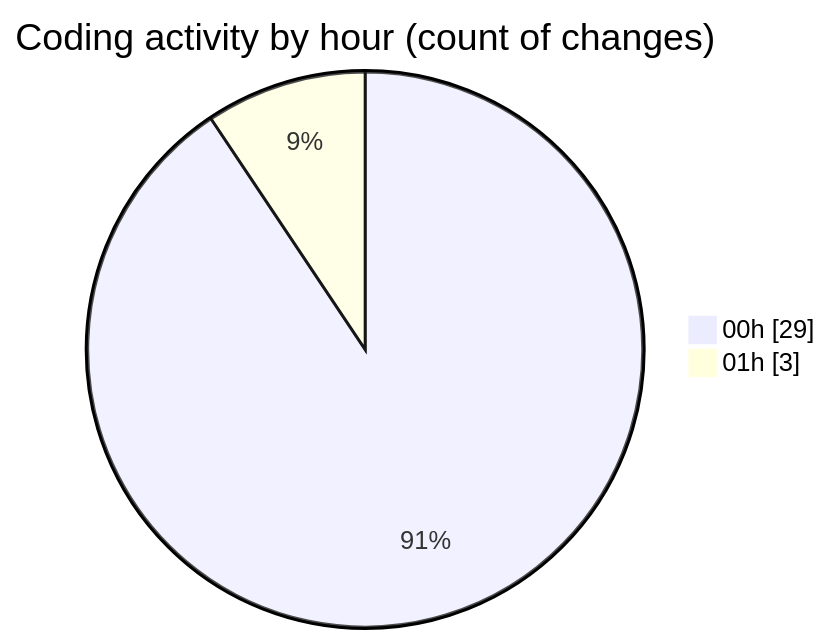
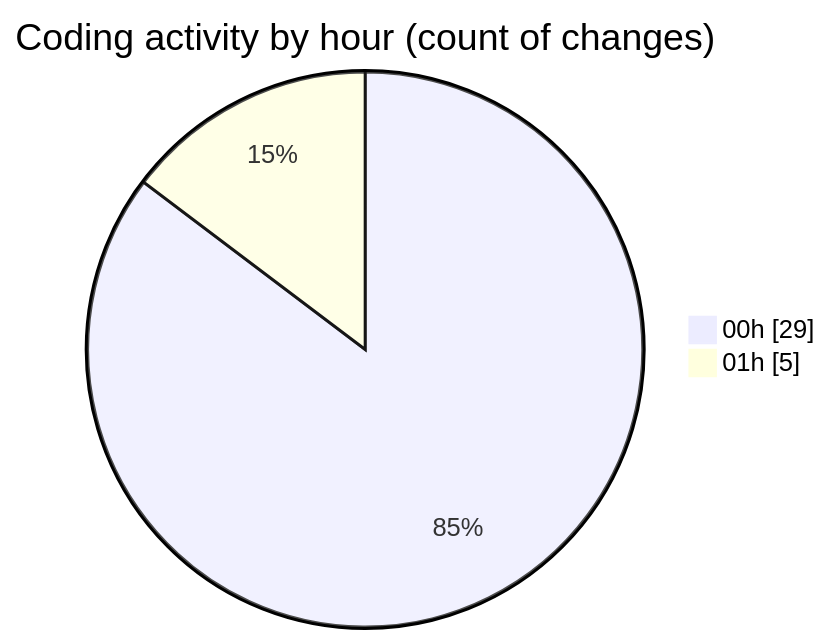
One commit to nxtqubesakshisongat/code-tracking changed the second of 2 diagrams in 2026-02-22/nxtqube_webapp/README.md. Above: the diagram before and after it, drawn with Mermaid. The commit also changed other lines of this file and 1 other file, not shown here.

````diff
--- a/2026-02-22/nxtqube_webapp/README.md
+++ b/2026-02-22/nxtqube_webapp/README.md
@@ -28,6 +28,6 @@
 ```mermaid
 pie showData
 title Coding activity by hour (count of changes)
 "00h" : 29
-"01h" : 3
+"01h" : 5
 ```
````
